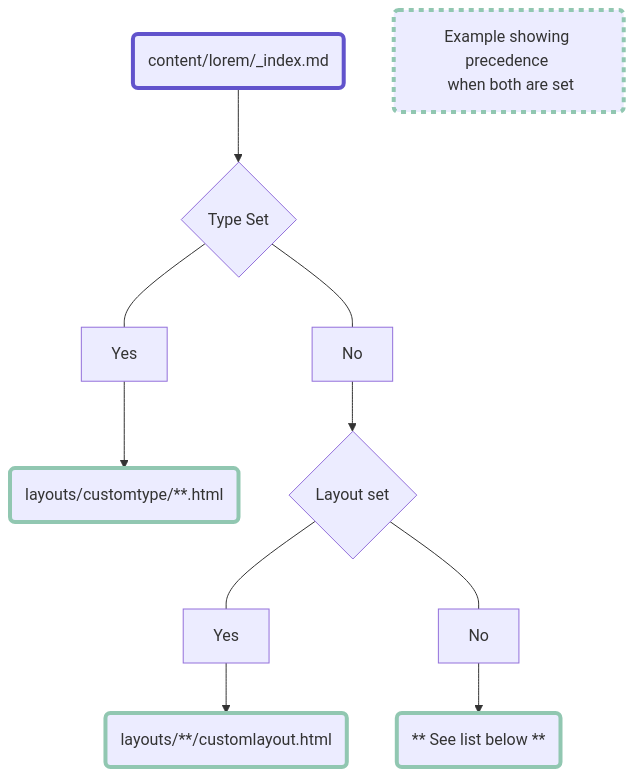
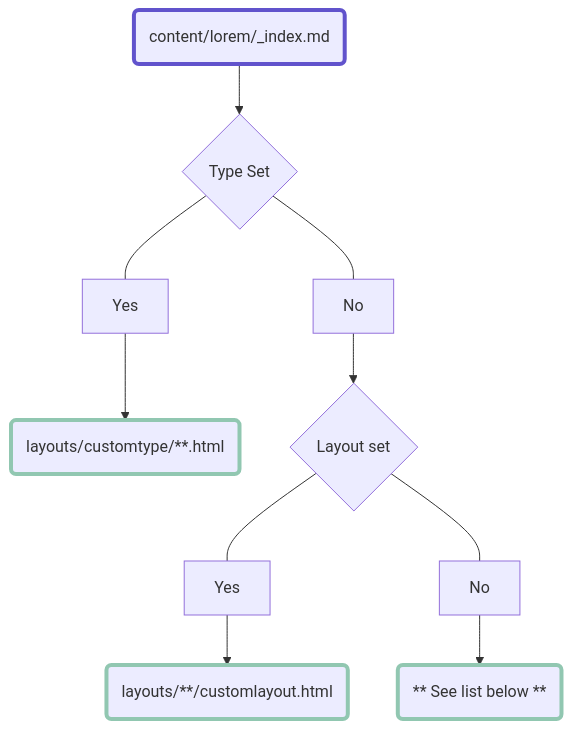
The diagram in content/clouds/_index.md (pointyfar/hugo-content-naming-layouts), drawn with Mermaid before and after one commit. The commit also changed other lines of this file and 11 other files, not shown here.

```diff
--- a/content/clouds/_index.md
+++ b/content/clouds/_index.md
@@ -8,35 +9,28 @@
 {{<mermaid>}}
 graph TD
     A("content/lorem/_index.md") --> B
     
     B{Type Set}
     B --- By[Yes]
           By --> ctype("layouts/customtype/**.html")
     
-
-    Both("Example showing precedence <br/> when both are set")
 
     B --- Bn[No]
           Bn --> C{"Layout set"}
 
     C --- Cy[Yes]
           Cy --> pcl("layouts/**/customlayout.html")
 
 
     C --- Cn[No]
           Cn --> Default("** See list below **")
     
 
     classDef thick stroke-width:4px, stroke:#91C7B1;
     class Default,pcl,dcl,ctype,Both thick;
 
-    style Both stroke-dasharray:5, 5 stroke:#91C7B1;
     style A stroke-width:4px, stroke:#6153CC;
-
-    click ctype "/fruit/" "Example"
-    click Both "/colors/" "Example"
-    click pcl "/metals/" "Example"
 
 
 
 {{</mermaid>}}
```
